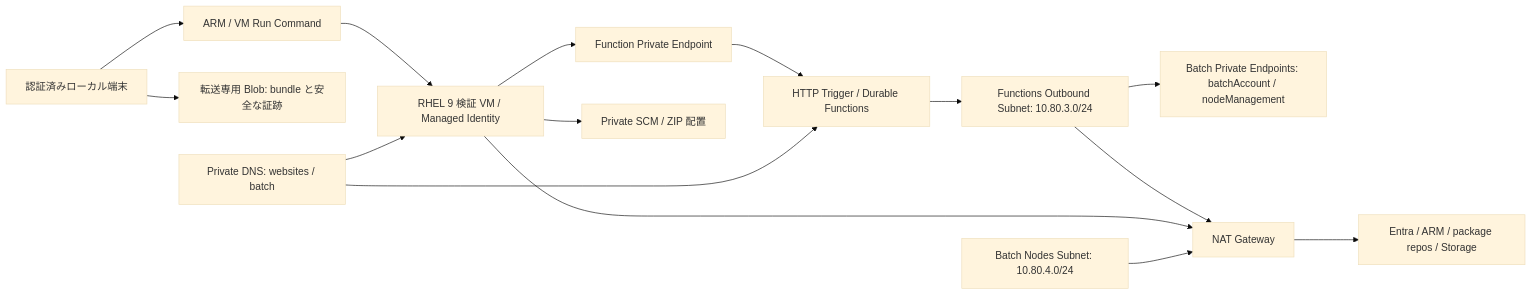
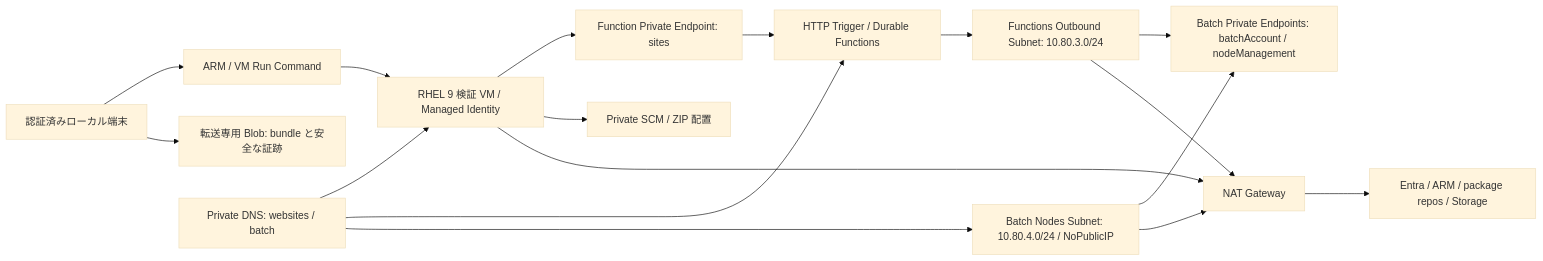
Before and after one commit to kkana6624/durable_functions_poc: the diagram in docs/network-connectivity-design.md, drawn with Mermaid (base theme). The commit also changed other lines of this file and 13 other files, not shown here.

Commit message:
feat(batch): complete Plan B Phase 3 Batch Pool VNet integration and public access disable

````diff
--- a/docs/network-connectivity-design.md
+++ b/docs/network-connectivity-design.md
@@ -11,17 +11,19 @@
 ```mermaid
 flowchart LR
     Local[認証済みローカル端末] --> ARM[ARM / VM Run Command]
     Local --> Blob[転送専用 Blob: bundle と安全な証跡]
     ARM --> VM[RHEL 9 検証 VM / Managed Identity]
-    VM --> PE[Function Private Endpoint]
+    VM --> PE[Function Private Endpoint: sites]
     PE --> Func[HTTP Trigger / Durable Functions]
     VM --> SCM[Private SCM / ZIP 配置]
     DNS[Private DNS: websites / batch] --> VM
     DNS --> Func
+    DNS --> BatchNodes
     Func --> VNetInt[Functions Outbound Subnet: 10.80.3.0/24]
     VNetInt --> BatchPE[Batch Private Endpoints: batchAccount / nodeManagement]
+    BatchNodes[Batch Nodes Subnet: 10.80.4.0/24 / NoPublicIP] --> BatchPE
     VNetInt --> NAT[NAT Gateway]
     VM --> NAT
-    BatchNodes[Batch Nodes Subnet: 10.80.4.0/24] --> NAT
+    BatchNodes --> NAT
     NAT --> Public[Entra / ARM / package repos / Storage]
 ```
````
